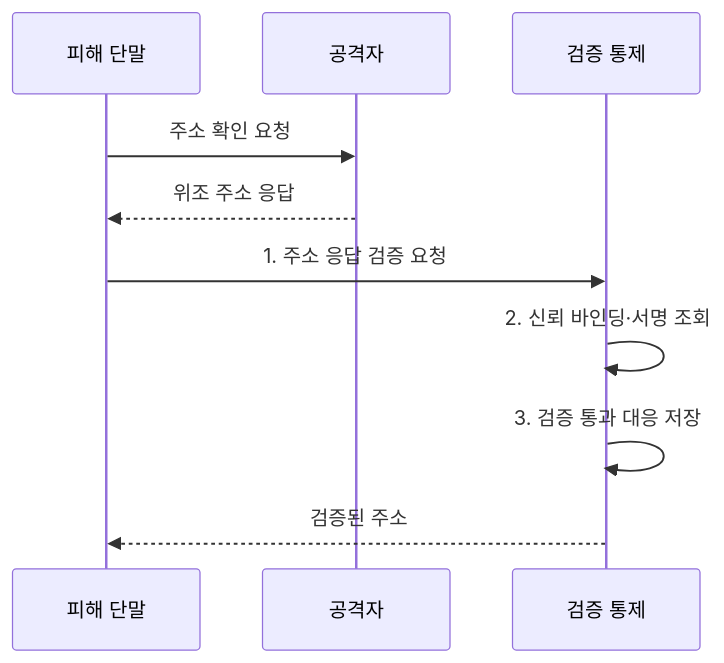
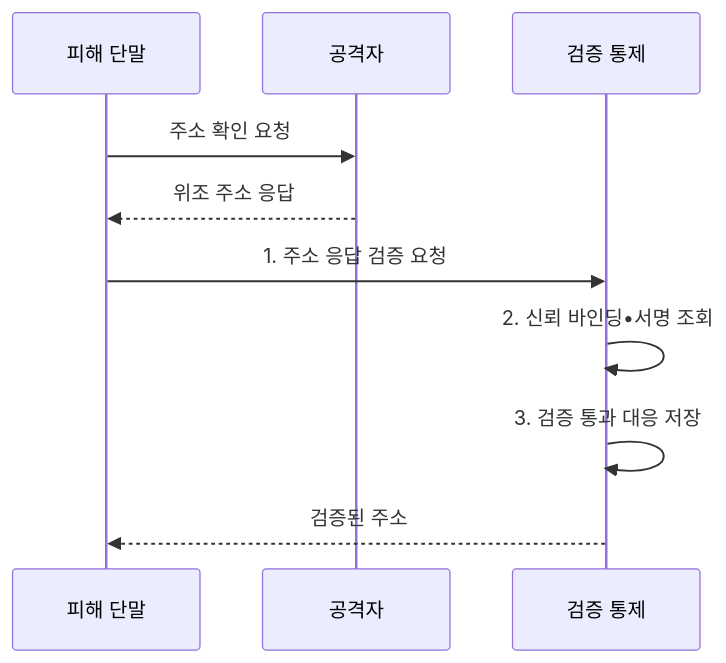
Before and after one commit to agnusdei1207/knowledge-base: the second of 2 diagrams in src/content/docs/notes/05-security/024_network_spoofing.md, drawn with Mermaid. The commit also changed other lines of this file and 953 other files, not shown here.

````diff
--- a/src/content/docs/notes/05-security/024_network_spoofing.md
+++ b/src/content/docs/notes/05-security/024_network_spoofing.md
@@ -104,12 +104,12 @@
 ```mermaid
 sequenceDiagram
     participant V as 피해 단말
     participant A as 공격자
     participant G as 검증 통제
     V->>A: 주소 확인 요청
     A-->>V: 위조 주소 응답
     V->>G: 1. 주소 응답 검증 요청
-    G->>G: 2. 신뢰 바인딩·서명 조회
+    G->>G: 2. 신뢰 바인딩•서명 조회
     G->>G: 3. 검증 통과 대응 저장
     G-->>V: 검증된 주소
 ```
````
